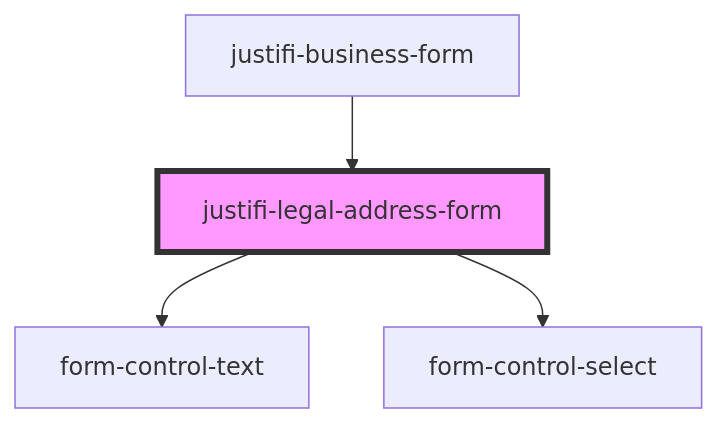
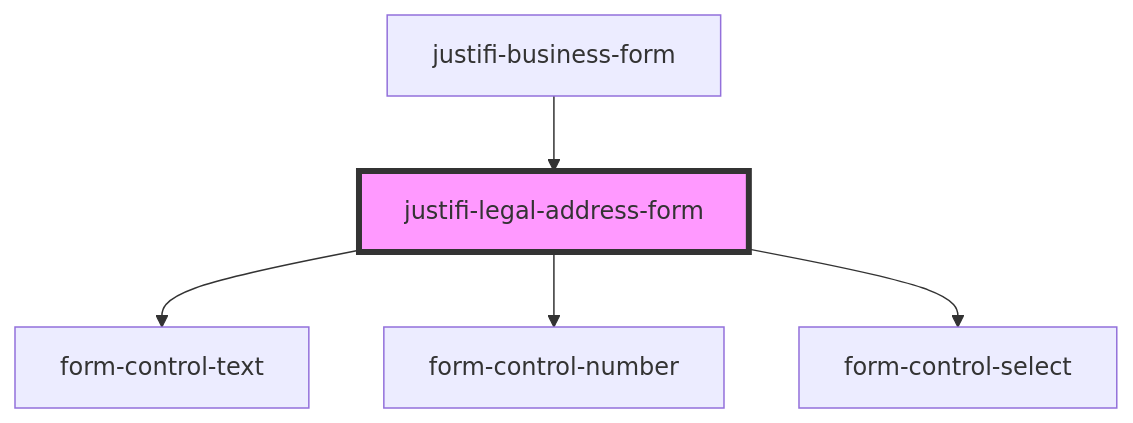
The diagram in stencil-library/src/components/legal-address-form/readme.md (justifi-tech/web-component-library), drawn with Mermaid before and after one commit. The commit also changed other lines of this file and 18 other files, not shown here.

````diff
--- a/stencil-library/src/components/legal-address-form/readme.md
+++ b/stencil-library/src/components/legal-address-form/readme.md
@@ -28,7 +29,8 @@
 ```mermaid
 graph TD;
   justifi-legal-address-form --> form-control-text
+  justifi-legal-address-form --> form-control-number
   justifi-legal-address-form --> form-control-select
   justifi-business-form --> justifi-legal-address-form
   style justifi-legal-address-form fill:#f9f,stroke:#333,stroke-width:4px
 ```
````
